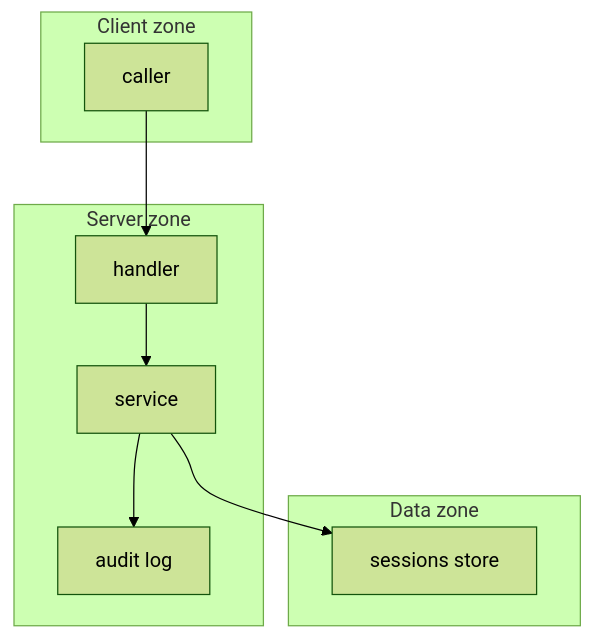
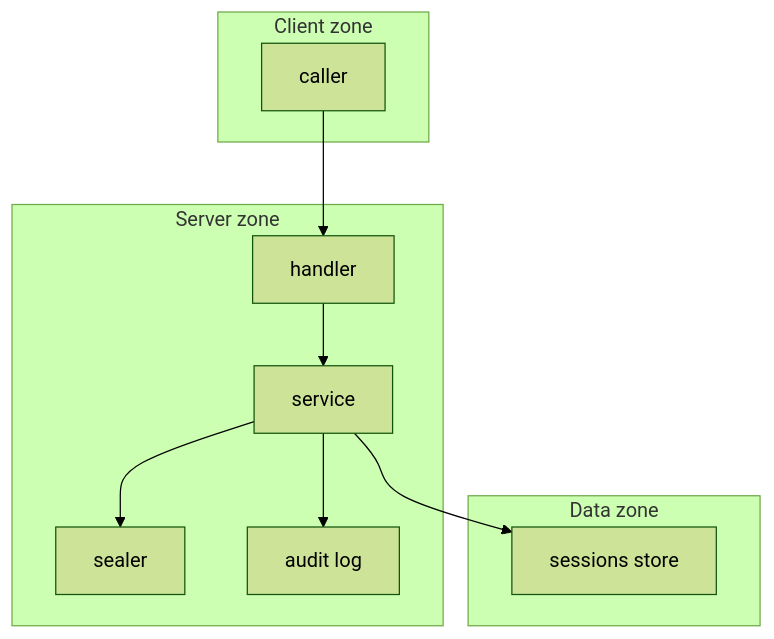
The third of 3 diagrams in openspec/changes/open-profile-serve-open-sessions/design.md (OpenDustpan/OpenDustpan), drawn with Mermaid (forest theme) before and after one commit. The commit also changed other lines of this file and 4 other files, not shown here.

````diff
--- a/openspec/changes/open-profile-serve-open-sessions/design.md
+++ b/openspec/changes/open-profile-serve-open-sessions/design.md
@@ -70,18 +145,20 @@
 ```mermaid
 flowchart TB
  subgraph client[Client zone]
  C[caller]
  end
  subgraph server[Server zone]
  H[handler]
  S[service]
+ K[sealer]
  A[audit log]
  end
  subgraph data[Data zone]
  D[sessions store]
  end
  C --> H
  H --> S
+ S --> K
  S --> D
  S --> A
 ```
````
